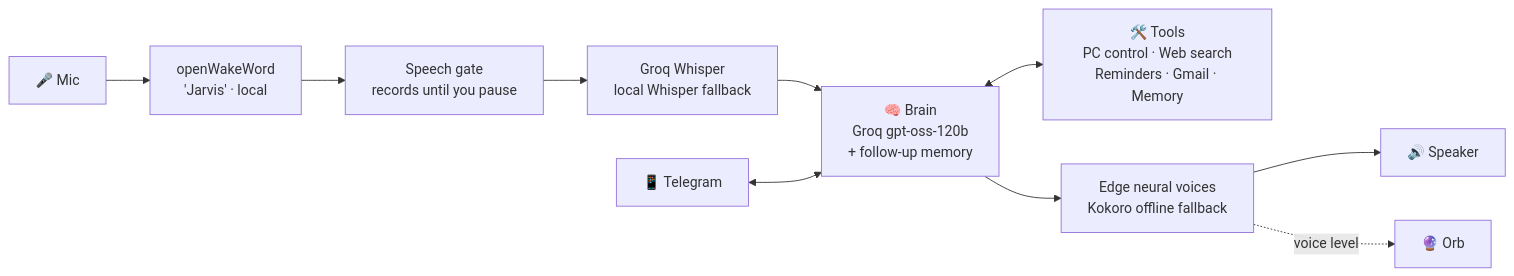
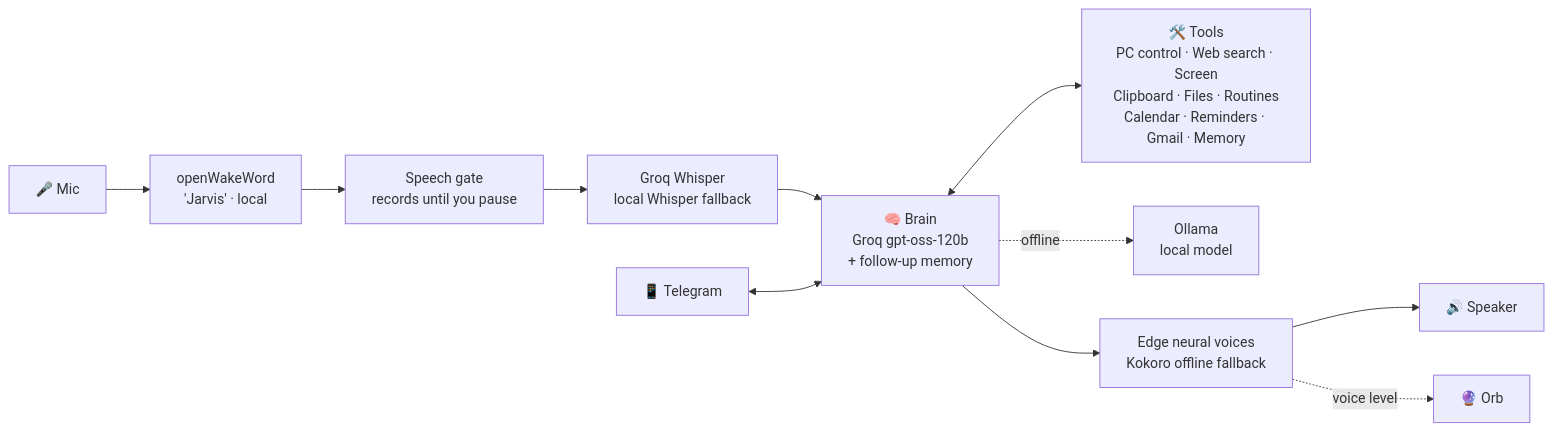
The diagram in README.md (sagarjain03/jarvis), drawn with Mermaid before and after one commit. The commit also changed other lines of this file and 27 other files, not shown here.

````diff
--- a/README.md
+++ b/README.md
@@ -166,12 +204,13 @@
 ```mermaid
 flowchart LR
     MIC[🎤 Mic] --> WAKE[openWakeWord<br/>'Jarvis' · local]
     WAKE --> REC[Speech gate<br/>records until you pause]
     REC --> STT[Groq Whisper<br/>local Whisper fallback]
     STT --> BRAIN[🧠 Brain<br/>Groq gpt-oss-120b<br/>+ follow-up memory]
-    BRAIN <--> TOOLS[🛠️ Tools<br/>PC control · Web search<br/>Reminders · Gmail · Memory]
+    BRAIN <--> TOOLS[🛠️ Tools<br/>PC control · Web search · Screen<br/>Clipboard · Files · Routines<br/>Calendar · Reminders · Gmail · Memory]
+    BRAIN -. offline .-> OLLAMA[Ollama<br/>local model]
     BRAIN --> TTS[Edge neural voices<br/>Kokoro offline fallback]
     TTS --> SPK[🔊 Speaker]
     TTS -. voice level .-> ORB[🔮 Orb]
     TG[📱 Telegram] <--> BRAIN
 ```
````
